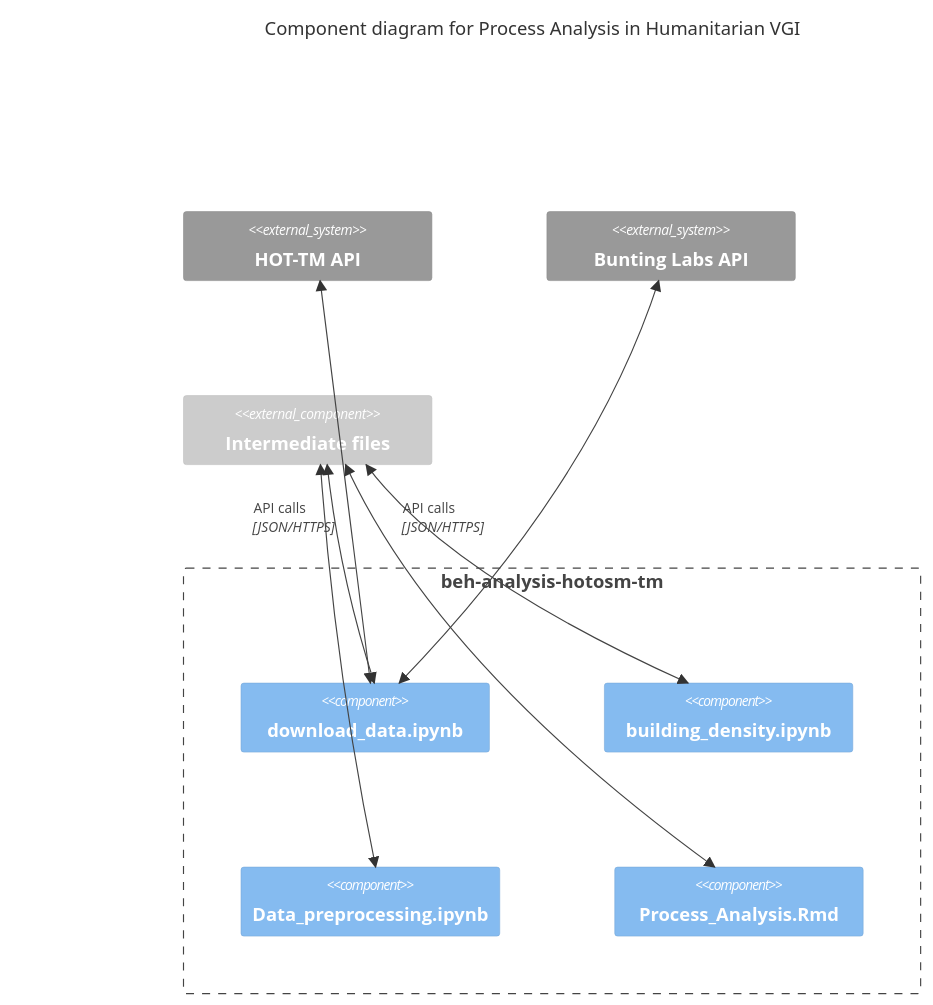
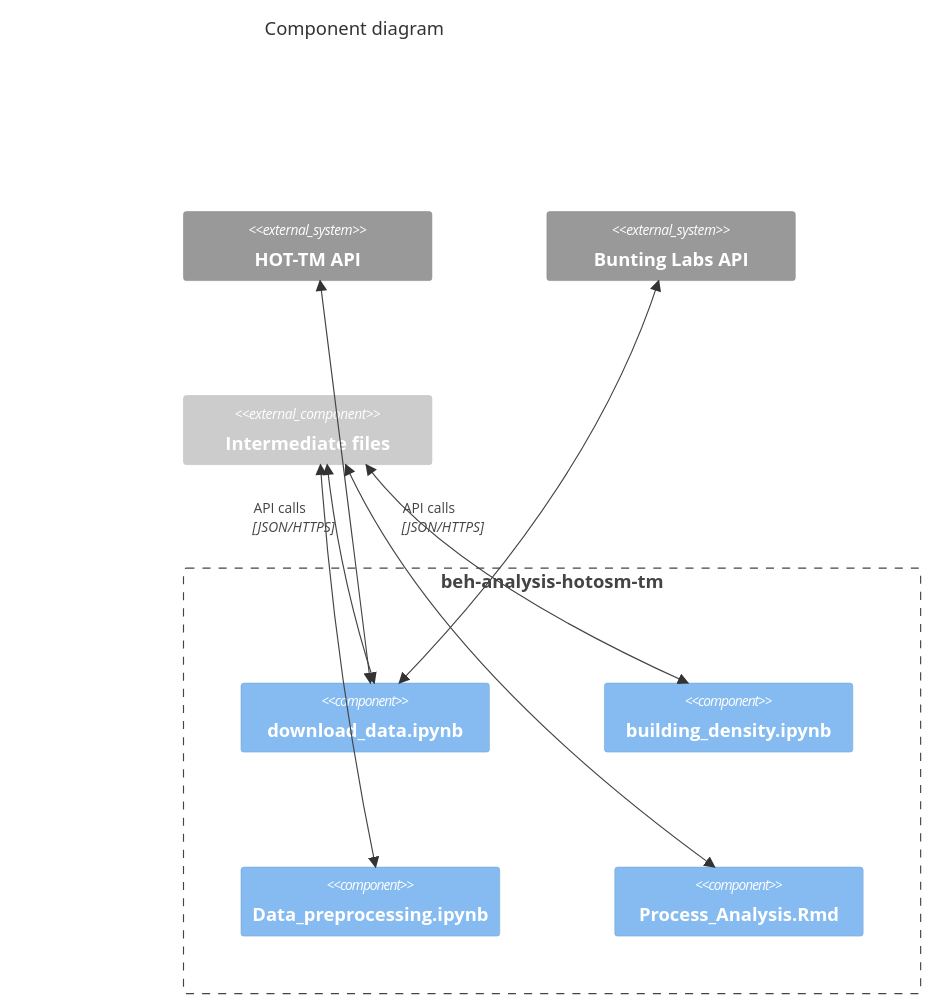
The first of 2 diagrams in README.md (Robot8A/beh-analysis-hotosm-tm), drawn with Mermaid before and after one commit. The commit also changed other lines of this file, not shown here.

Commit message:
Add flow diagram

````diff
--- a/README.md
+++ b/README.md
@@ -2,27 +2,27 @@
 ```mermaid
 C4Component
-    title Component diagram for Process Analysis in Humanitarian VGI
+    title Component diagram
 
     System_Ext(hot, "HOT-TM API")
     System_Ext(bla, "Bunting Labs API")
 
     Boundary(syb, "beh-analysis-hotosm-tm", ""){
         Component(dow, "download_data.ipynb")
         Component(bud, "building_density.ipynb")
         Component(dpp, "Data_preprocessing.ipynb")
         Component(pan, "Process_Analysis.Rmd")
     }
 
     Component_Ext(fil, "Intermediate files")
  
     BiRel(hot, dow, "API calls", "JSON/HTTPS")
     UpdateRelStyle(hot, dow, $offsetX="-80", $offsetY="20")
 
     BiRel(bla, dow, "API calls", "JSON/HTTPS")
     UpdateRelStyle(bla, dow, $offsetX="-110", $offsetY="20")
 
     BiRel(fil, dow, "")
     BiRel(fil, bud, "")
     BiRel(fil, dpp, "")
     BiRel(fil, pan, "")
 ```
````
